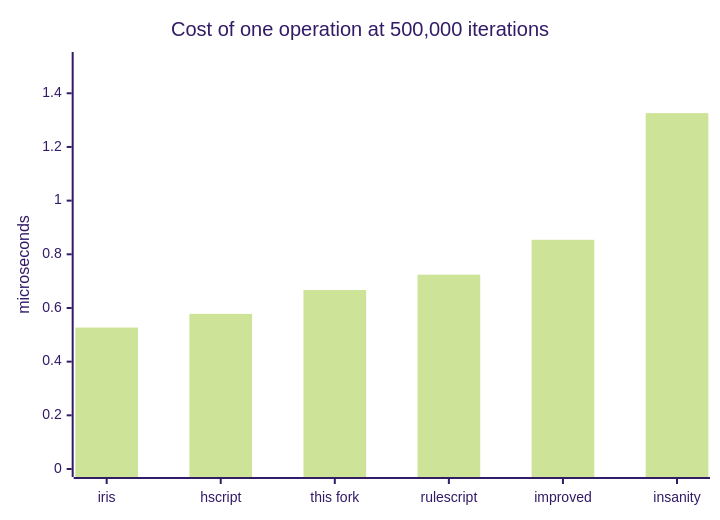
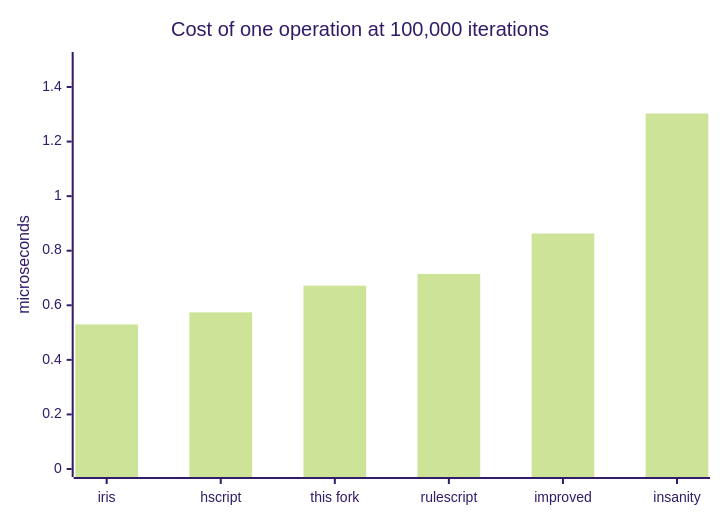
The first of 2 diagrams in docs/benchmarks.md (MeguminBOT/hscript-insanity), drawn with Mermaid (forest theme) before and after one commit. The commit also changed other lines of this file and 5 other files, not shown here.

````diff
--- a/docs/benchmarks.md
+++ b/docs/benchmarks.md
@@ -118,7 +145,7 @@
 ```mermaid
 xychart-beta
-    title "Cost of one operation at 500,000 iterations"
+    title "Cost of one operation at 100,000 iterations"
     x-axis ["iris", "hscript", "this fork", "rulescript", "improved", "insanity"]
-    y-axis "microseconds" 0 --> 1.524
-    bar [0.527, 0.578, 0.667, 0.724, 0.854, 1.326]
+    y-axis "microseconds" 0 --> 1.499
+    bar [0.530, 0.574, 0.672, 0.715, 0.863, 1.303]
 ```
````
